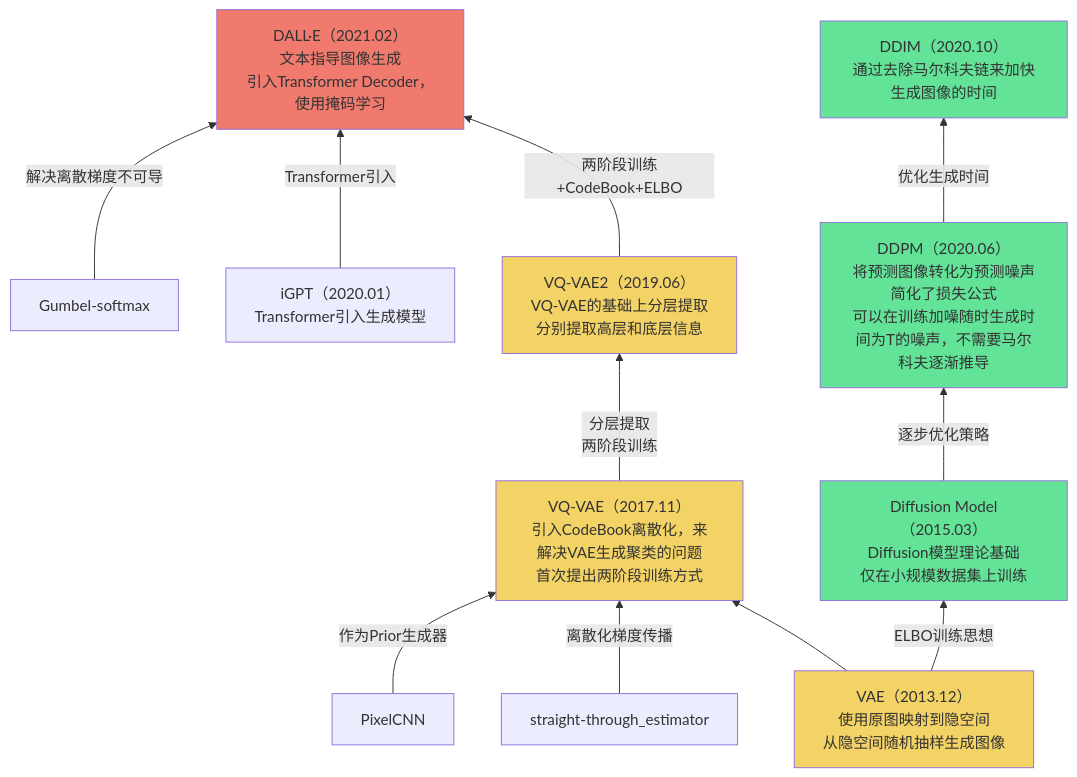
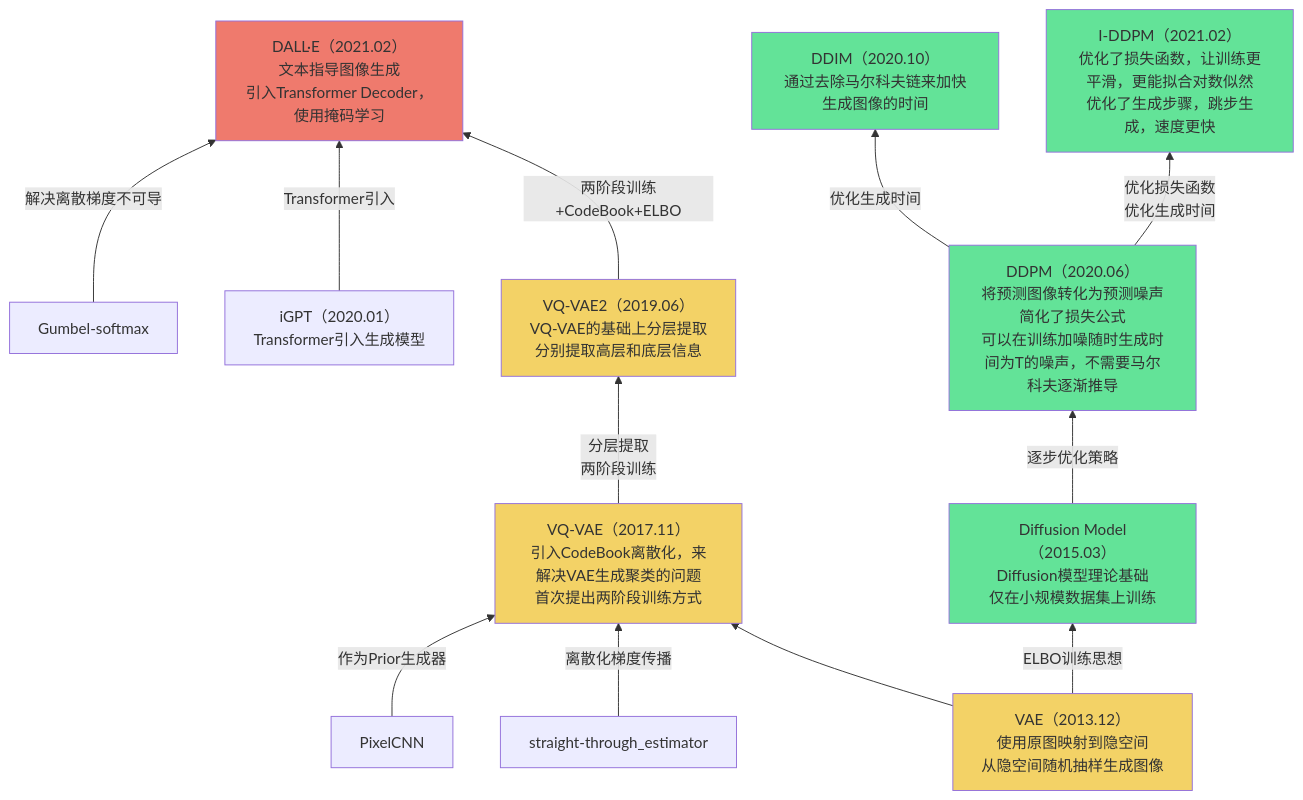
The fourth of 5 diagrams in Base_Model/GAN+VAE+Diffusion/analyse.md (Elephant-King9/Paper), drawn with Mermaid before and after one commit. The commit also changed other lines of this file and 2 other files, not shown here.

````diff
--- a/Base_Model/GAN+VAE+Diffusion/analyse.md
+++ b/Base_Model/GAN+VAE+Diffusion/analyse.md
@@ -65,33 +78,36 @@
 ```mermaid
 flowchart BT
 VAE-->VQ-VAE
 straight-through_estimator-->|离散化梯度传播|VQ-VAE
 PixelCNN-->|作为Prior生成器|VQ-VAE
 VAE-->|ELBO训练思想|Diffusion_Model
 VQ-VAE-->|分层提取<br>两阶段训练|VQ-VAE2
 VQ-VAE2-->|两阶段训练+CodeBook+ELBO|DALL-E
 I-GPT-->|Transformer引入|DALL-E
 Gumbel-softmax-->|解决离散梯度不可导|DALL-E
 Diffusion_Model-->|逐步优化策略|DDPM
 DDPM-->|优化生成时间|DDIM
+DDPM-->|优化损失函数<br>优化生成时间|IDDPM
 
 
 
 
 VAE[VAE（2013.12）<br>使用原图映射到隐空间<br>从隐空间随机抽样生成图像]
 	style VAE fill:#F3D266
 VQ-VAE[VQ-VAE（2017.11）<br>引入CodeBook离散化，来解决VAE生成聚类的问题<br>首次提出两阶段训练方式]
 	style VQ-VAE fill:#F3D266
 VQ-VAE2[VQ-VAE2（2019.06）<br>VQ-VAE的基础上分层提取<br>分别提取高层和底层信息]
 	style VQ-VAE2 fill:#F3D266
 DALL-E[DALL·E（2021.02）<br>文本指导图像生成<br>引入Transformer Decoder，使用掩码学习]
 	style DALL-E fill:#EF7A6D
 I-GPT[iGPT（2020.01）<br>Transformer引入生成模型]
 Gumbel-softmax[Gumbel-softmax]
 Diffusion_Model[Diffusion Model（2015.03）<br>Diffusion模型理论基础<br>仅在小规模数据集上训练]
 	style Diffusion_Model fill:#63E398
 DDPM[DDPM（2020.06）<br>将预测图像转化为预测噪声<br>简化了损失公式<br>可以在训练加噪随时生成时间为T的噪声，不需要马尔科夫逐渐推导]
 	style DDPM fill:#63E398
 DDIM[DDIM（2020.10）<br>通过去除马尔科夫链来加快生成图像的时间]
 	style DDIM fill:#63E398
+IDDPM[I-DDPM（2021.02）<br>优化了损失函数，让训练更平滑，更能拟合对数似然<br>优化了生成步骤，跳步生成，速度更快]
+	style IDDPM fill:#63E398
 ```
````
